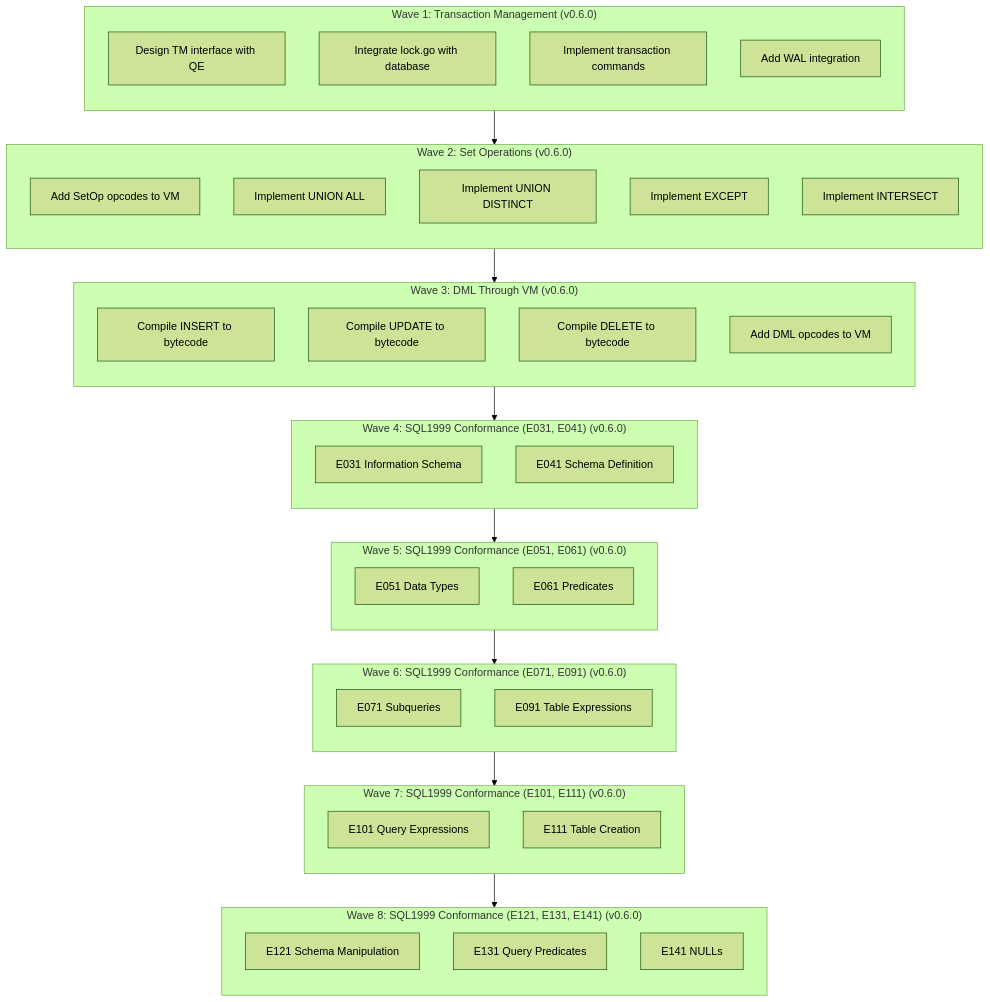
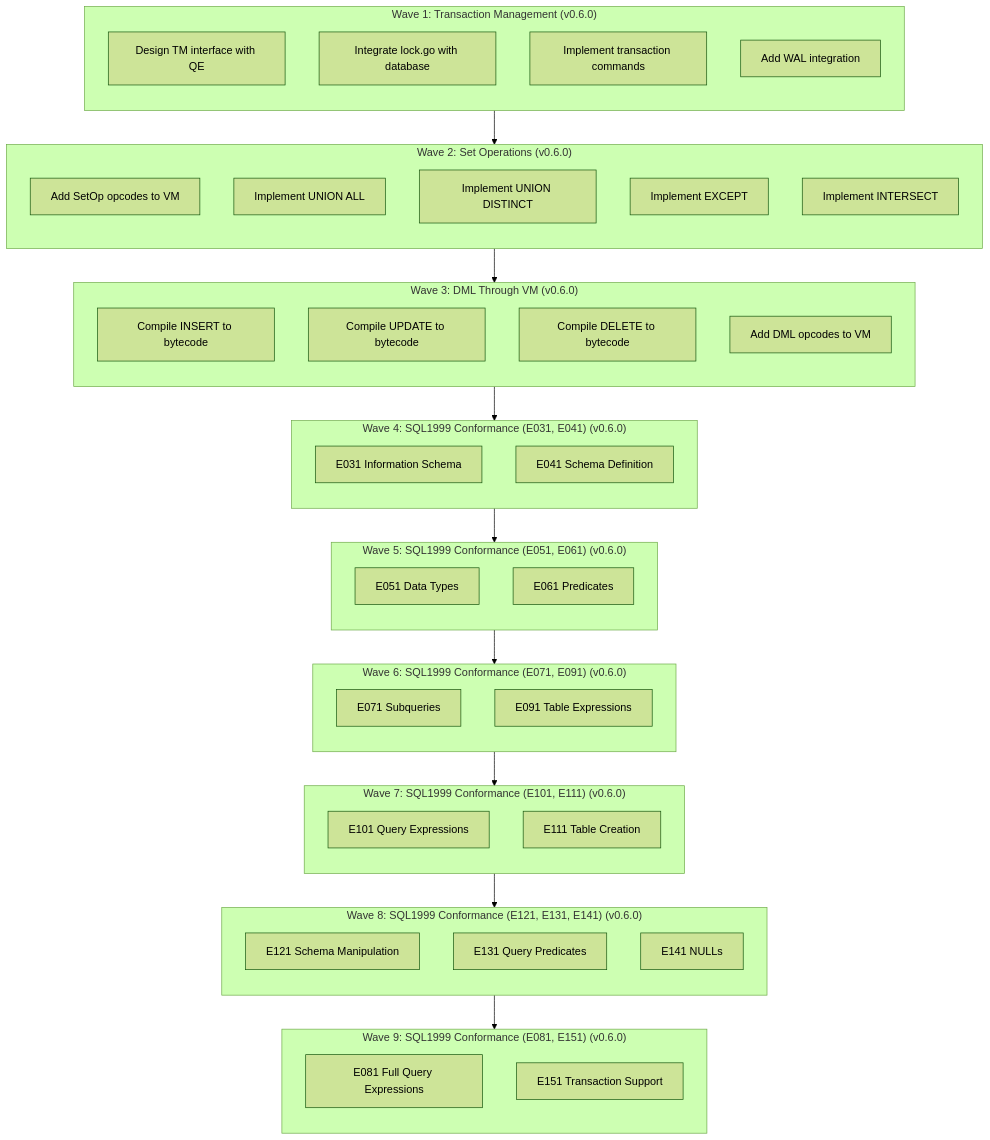
The diagram in docs/plan-v0.6.0.md (cyw0ng95/sqlvibe), drawn with Mermaid (forest theme) before and after one commit. The commit also changed other lines of this file, not shown here.

First line of the commit message:
docs: Add E081 and E151 SQL1999 conformance tests to v0.6.0

````diff
--- a/docs/plan-v0.6.0.md
+++ b/docs/plan-v0.6.0.md
@@ -130,66 +139,73 @@
 ```mermaid
 graph TD
     subgraph W1 ["Wave 1: Transaction Management (v0.6.0)"]
         direction TB
         A1[Design TM interface with QE]
         A2[Integrate lock.go with database]
         A3[Implement transaction commands]
         A4[Add WAL integration]
     end
     
     subgraph W2 ["Wave 2: Set Operations (v0.6.0)"]
         direction TB
         B1[Add SetOp opcodes to VM]
         B2[Implement UNION ALL]
         B3[Implement UNION DISTINCT]
         B4[Implement EXCEPT]
         B5[Implement INTERSECT]
     end
     
     subgraph W3 ["Wave 3: DML Through VM (v0.6.0)"]
         direction TB
         C1[Compile INSERT to bytecode]
         C2[Compile UPDATE to bytecode]
         C3[Compile DELETE to bytecode]
         C4[Add DML opcodes to VM]
     end
     
     subgraph W4 ["Wave 4: SQL1999 Conformance (E031, E041) (v0.6.0)"]
         direction TB
         D1[E031 Information Schema]
         D2[E041 Schema Definition]
     end
     
     subgraph W5 ["Wave 5: SQL1999 Conformance (E051, E061) (v0.6.0)"]
         direction TB
         E1[E051 Data Types]
         E2[E061 Predicates]
     end
     
     subgraph W6 ["Wave 6: SQL1999 Conformance (E071, E091) (v0.6.0)"]
         direction TB
         F1[E071 Subqueries]
         F2[E091 Table Expressions]
     end
     
     subgraph W7 ["Wave 7: SQL1999 Conformance (E101, E111) (v0.6.0)"]
         direction TB
         G1[E101 Query Expressions]
         G2[E111 Table Creation]
     end
     
     subgraph W8 ["Wave 8: SQL1999 Conformance (E121, E131, E141) (v0.6.0)"]
         direction TB
         H1[E121 Schema Manipulation]
         H2[E131 Query Predicates]
         H3[E141 NULLs]
     end
     
+    subgraph W9 ["Wave 9: SQL1999 Conformance (E081, E151) (v0.6.0)"]
+        direction TB
+        I1[E081 Full Query Expressions]
+        I2[E151 Transaction Support]
+    end
+    
     W1 --> W2
     W2 --> W3
     W3 --> W4
     W4 --> W5
     W5 --> W6
     W6 --> W7
     W7 --> W8
+    W8 --> W9
 ```
````
